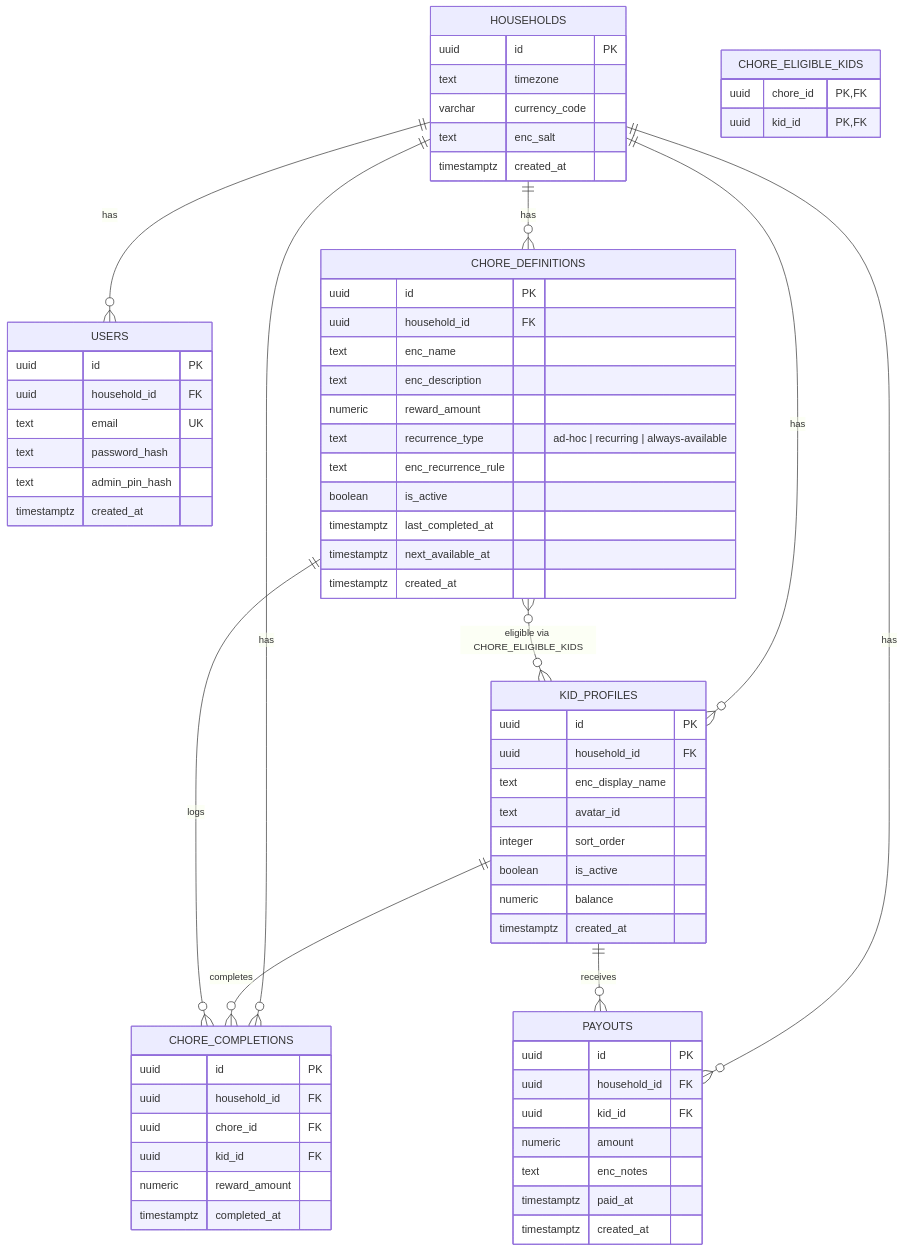
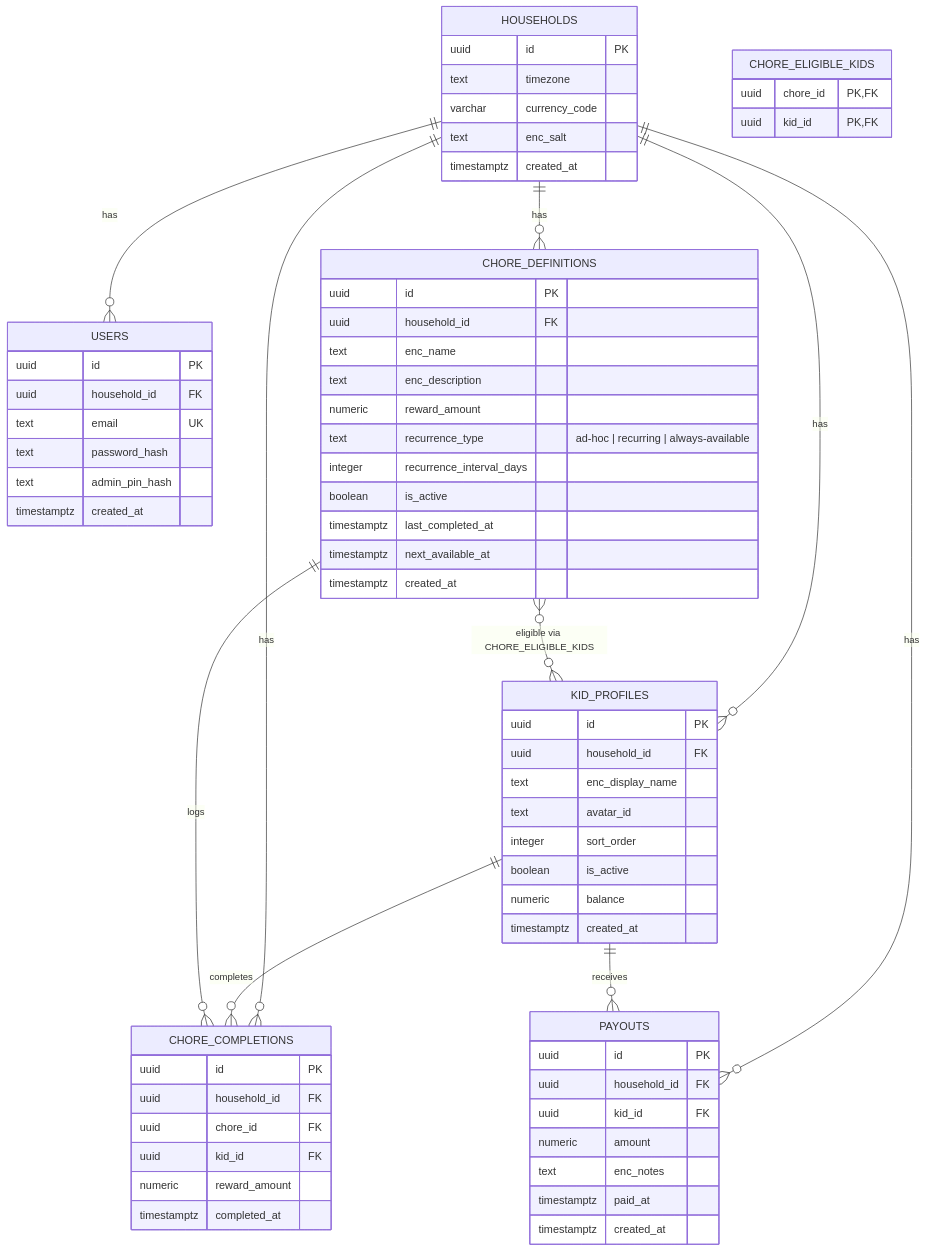
Before and after one commit to mrmeyers99/chorgie: the diagram in README.md, drawn with Mermaid. The commit also changed 21 other files, not shown here.

````diff
--- a/README.md
+++ b/README.md
@@ -7,78 +7,78 @@
 ```mermaid
 erDiagram
     HOUSEHOLDS ||--o{ USERS : has
     HOUSEHOLDS ||--o{ KID_PROFILES : has
     HOUSEHOLDS ||--o{ CHORE_DEFINITIONS : has
     HOUSEHOLDS ||--o{ CHORE_COMPLETIONS : has
     HOUSEHOLDS ||--o{ PAYOUTS : has
     KID_PROFILES ||--o{ CHORE_COMPLETIONS : completes
     KID_PROFILES ||--o{ PAYOUTS : receives
     CHORE_DEFINITIONS ||--o{ CHORE_COMPLETIONS : logs
     CHORE_DEFINITIONS }o--o{ KID_PROFILES : "eligible via CHORE_ELIGIBLE_KIDS"
 
     HOUSEHOLDS {
         uuid id PK
         text timezone
         varchar currency_code
         text enc_salt
         timestamptz created_at
     }
 
     USERS {
         uuid id PK
         uuid household_id FK
         text email UK
         text password_hash
         text admin_pin_hash
         timestamptz created_at
     }
 
     KID_PROFILES {
         uuid id PK
         uuid household_id FK
         text enc_display_name
         text avatar_id
         integer sort_order
         boolean is_active
         numeric balance
         timestamptz created_at
     }
 
     CHORE_DEFINITIONS {
         uuid id PK
         uuid household_id FK
         text enc_name
         text enc_description
         numeric reward_amount
         text recurrence_type "ad-hoc | recurring | always-available"
-        text enc_recurrence_rule
+        integer recurrence_interval_days
         boolean is_active
         timestamptz last_completed_at
         timestamptz next_available_at
         timestamptz created_at
     }
 
     CHORE_ELIGIBLE_KIDS {
         uuid chore_id PK,FK
         uuid kid_id PK,FK
     }
 
     CHORE_COMPLETIONS {
         uuid id PK
         uuid household_id FK
         uuid chore_id FK
         uuid kid_id FK
         numeric reward_amount
         timestamptz completed_at
     }
 
     PAYOUTS {
         uuid id PK
         uuid household_id FK
         uuid kid_id FK
         numeric amount
         text enc_notes
         timestamptz paid_at
         timestamptz created_at
     }
 ```
````
